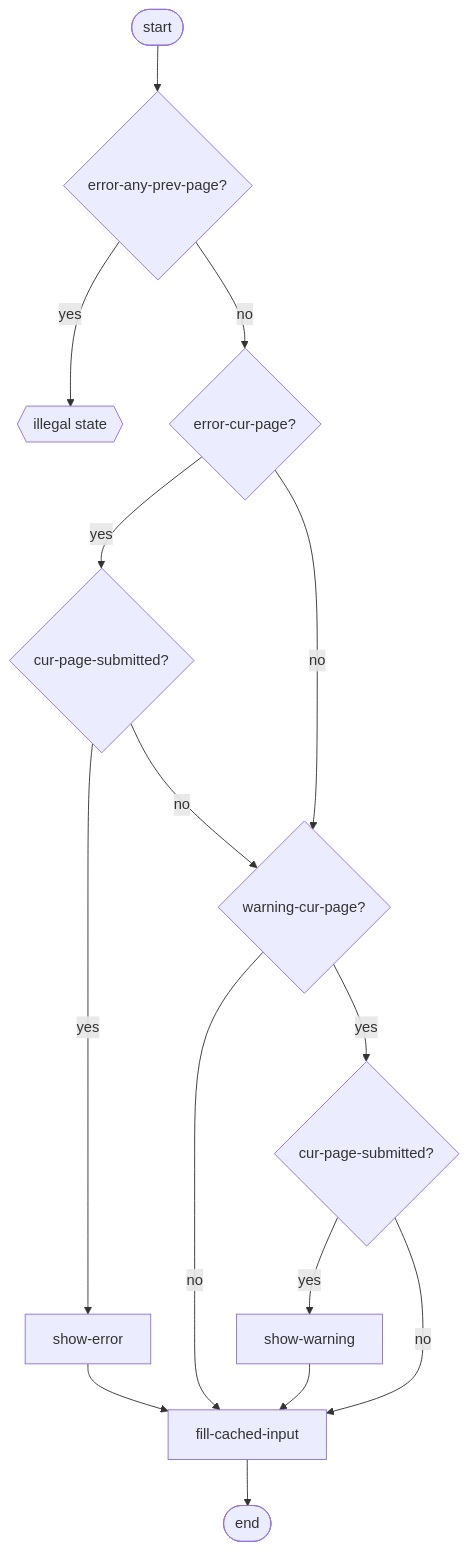
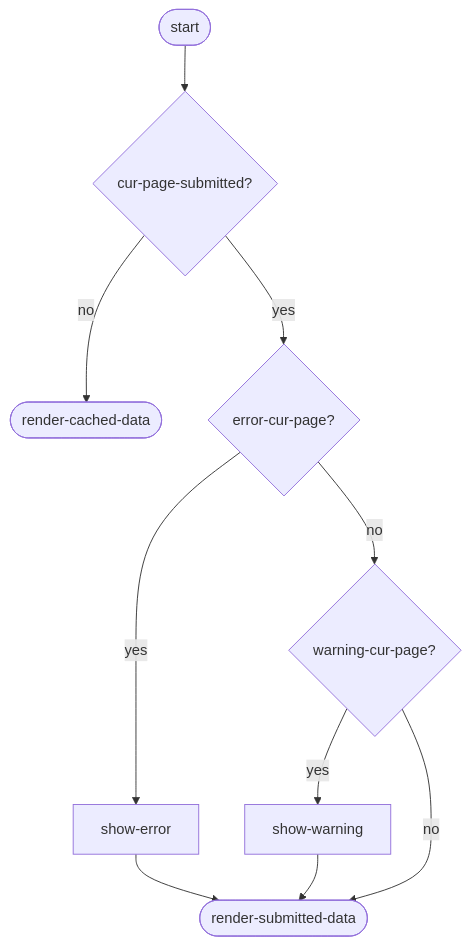
One commit to kiesraad/abacus changed the second of 4 diagrams in documentatie/flowcharts/date-entry-page.md. Above: the diagram before and after it, drawn with Mermaid. The commit also changed other lines of this file, not shown here.

````diff
--- a/documentatie/flowcharts/date-entry-page.md
+++ b/documentatie/flowcharts/date-entry-page.md
@@ -54,44 +76,32 @@
 ```mermaid
 flowchart TD
 
     %% elements
     flow-start([start])
-    flow-end([end])
-    illegal-state{{illegal state}}
+
+    render-cached-data([render-cached-data])
+    render-submitted-data([render-submitted-data])
 
     show-error
     show-warning
 
-    error-any-prev-page{error-any-prev-page?}
     error-cur-page{error-cur-page?}
 
     warning-cur-page{warning-cur-page?}
 
-    cur-page-submitted-error{cur-page-submitted?}
-    cur-page-submitted-warning{cur-page-submitted?}
-
-    fill-cached-input
+    cur-page-submitted{cur-page-submitted?}
 
     %% flow
-    flow-start --> error-any-prev-page
+    flow-start --> cur-page-submitted
 
-    error-any-prev-page -- yes --> illegal-state
-    error-any-prev-page -- no -->  error-cur-page
+    cur-page-submitted -- no --> render-cached-data
+    cur-page-submitted -- yes --> error-cur-page
 
-    error-cur-page -- yes --> cur-page-submitted-error
-    cur-page-submitted-error -- yes --> show-error
-    cur-page-submitted-error -- no --> warning-cur-page
+    error-cur-page -- yes --> show-error
+    show-error --> render-submitted-data
     error-cur-page -- no --> warning-cur-page
 
-    warning-cur-page -- no --> fill-cached-input
-    warning-cur-page -- yes --> cur-page-submitted-warning
-    
-    cur-page-submitted-warning -- yes --> show-warning
-    cur-page-submitted-warning -- no --> fill-cached-input
-
-    show-error --> fill-cached-input
-    show-warning --> fill-cached-input
-
-    fill-cached-input --> flow-end
-
+    warning-cur-page -- yes --> show-warning
+    show-warning --> render-submitted-data
+    warning-cur-page -- no --> render-submitted-data
 ```
````
